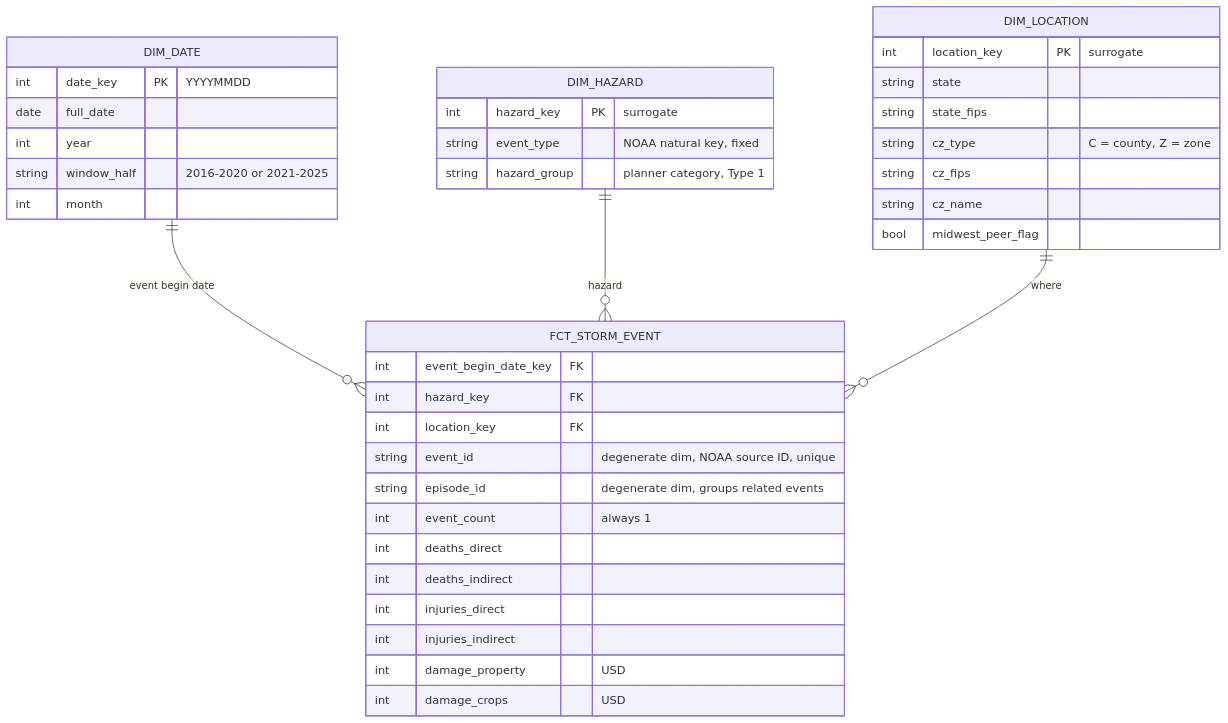
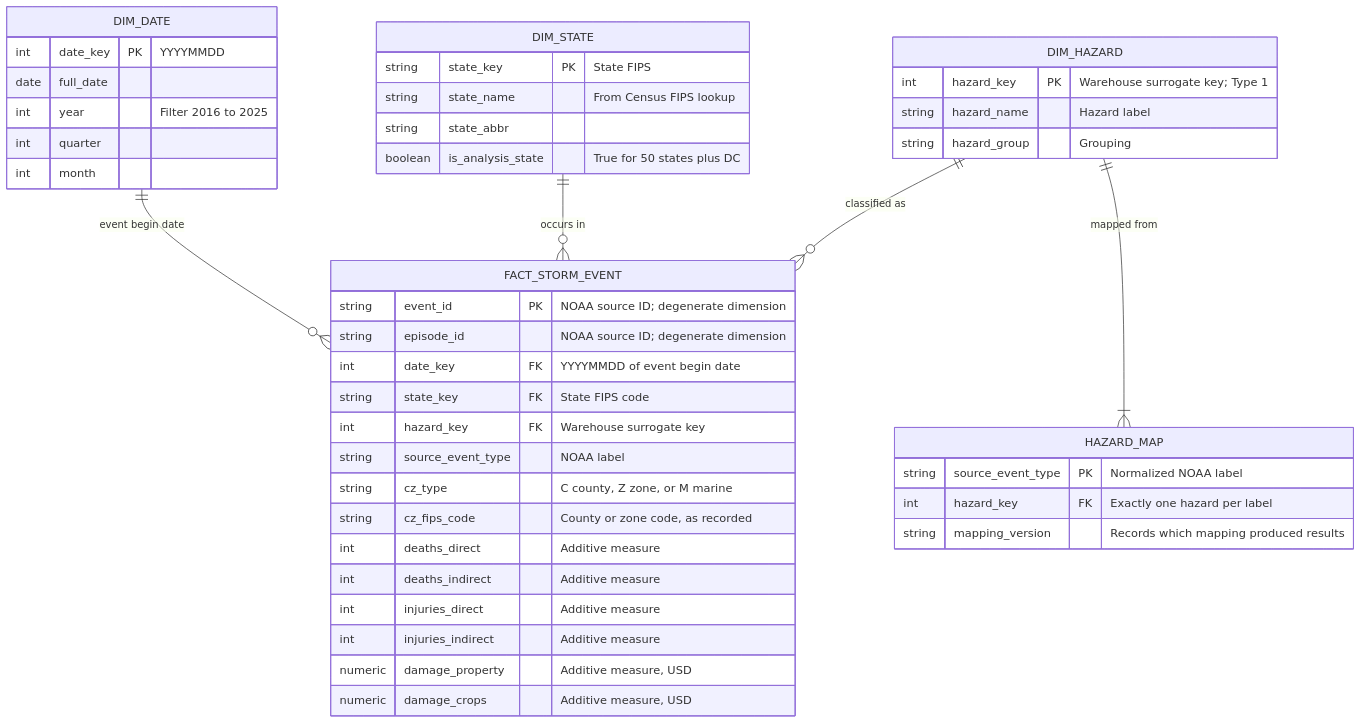
One commit to giro7292-st-thomas/SEIS-732-Data-Product-Project changed the diagram in docs/p1_plan.md. Above: the diagram before and after it, drawn with Mermaid. The commit also changed other lines of this file, not shown here.

````diff
--- a/docs/p1_plan.md
+++ b/docs/p1_plan.md
@@ -63,45 +65,51 @@
 ```mermaid
 erDiagram
-    DIM_DATE ||--o{ FCT_STORM_EVENT : "event begin date"
-    DIM_HAZARD ||--o{ FCT_STORM_EVENT : "hazard"
-    DIM_LOCATION ||--o{ FCT_STORM_EVENT : "where"
+    DIM_DATE ||--o{ FACT_STORM_EVENT : "event begin date"
+    DIM_STATE ||--o{ FACT_STORM_EVENT : "occurs in"
+    DIM_HAZARD ||--o{ FACT_STORM_EVENT : "classified as"
+    DIM_HAZARD ||--|{ HAZARD_MAP : "mapped from"
 
-    FCT_STORM_EVENT {
-        int    event_begin_date_key FK
-        int    hazard_key FK
-        int    location_key FK
-        string event_id "degenerate dim, NOAA source ID, unique"
-        string episode_id "degenerate dim, groups related events"
-        int    event_count "always 1"
-        int    deaths_direct
-        int    deaths_indirect
-        int    injuries_direct
-        int    injuries_indirect
-        int    damage_property "USD"
-        int    damage_crops "USD"
+    FACT_STORM_EVENT {
+        string event_id PK "NOAA source ID; degenerate dimension"
+        string episode_id "NOAA source ID; degenerate dimension"
+        int date_key FK "YYYYMMDD of event begin date"
+        string state_key FK "State FIPS code"
+        int hazard_key FK "Warehouse surrogate key"
+        string source_event_type "NOAA label"
+        string cz_type "C county, Z zone, or M marine"
+        string cz_fips_code "County or zone code, as recorded"
+        int deaths_direct "Additive measure"
+        int deaths_indirect "Additive measure"
+        int injuries_direct "Additive measure"
+        int injuries_indirect "Additive measure"
+        numeric damage_property "Additive measure, USD"
+        numeric damage_crops "Additive measure, USD"
+    }
+
+    DIM_DATE {
+        int date_key PK "YYYYMMDD"
+        date full_date
+        int year "Filter 2016 to 2025"
+        int quarter
+        int month
+    }
+
+    DIM_STATE {
+        string state_key PK "State FIPS"
+        string state_name "From Census FIPS lookup"
+        string state_abbr
+        boolean is_analysis_state "True for 50 states plus DC"
     }
 
     DIM_HAZARD {
-        int    hazard_key PK "surrogate"
-        string event_type "NOAA natural key, fixed"
-        string hazard_group "planner category, Type 1"
+        int hazard_key PK "Warehouse surrogate key; Type 1"
+        string hazard_name "Hazard label"
+        string hazard_group "Grouping"
     }
 
-    DIM_LOCATION {
-        int    location_key PK "surrogate"
-        string state
-        string state_fips
-        string cz_type "C = county, Z = zone"
-        string cz_fips
-        string cz_name
-        bool   midwest_peer_flag
-    }
-
-    DIM_DATE {
-        int    date_key PK "YYYYMMDD"
-        date   full_date
-        int    year
-        string window_half "2016-2020 or 2021-2025"
-        int    month
+    HAZARD_MAP {
+        string source_event_type PK "Normalized NOAA label"
+        int hazard_key FK "Exactly one hazard per label"
+        string mapping_version "Records which mapping produced results"
     }
 ```
````
